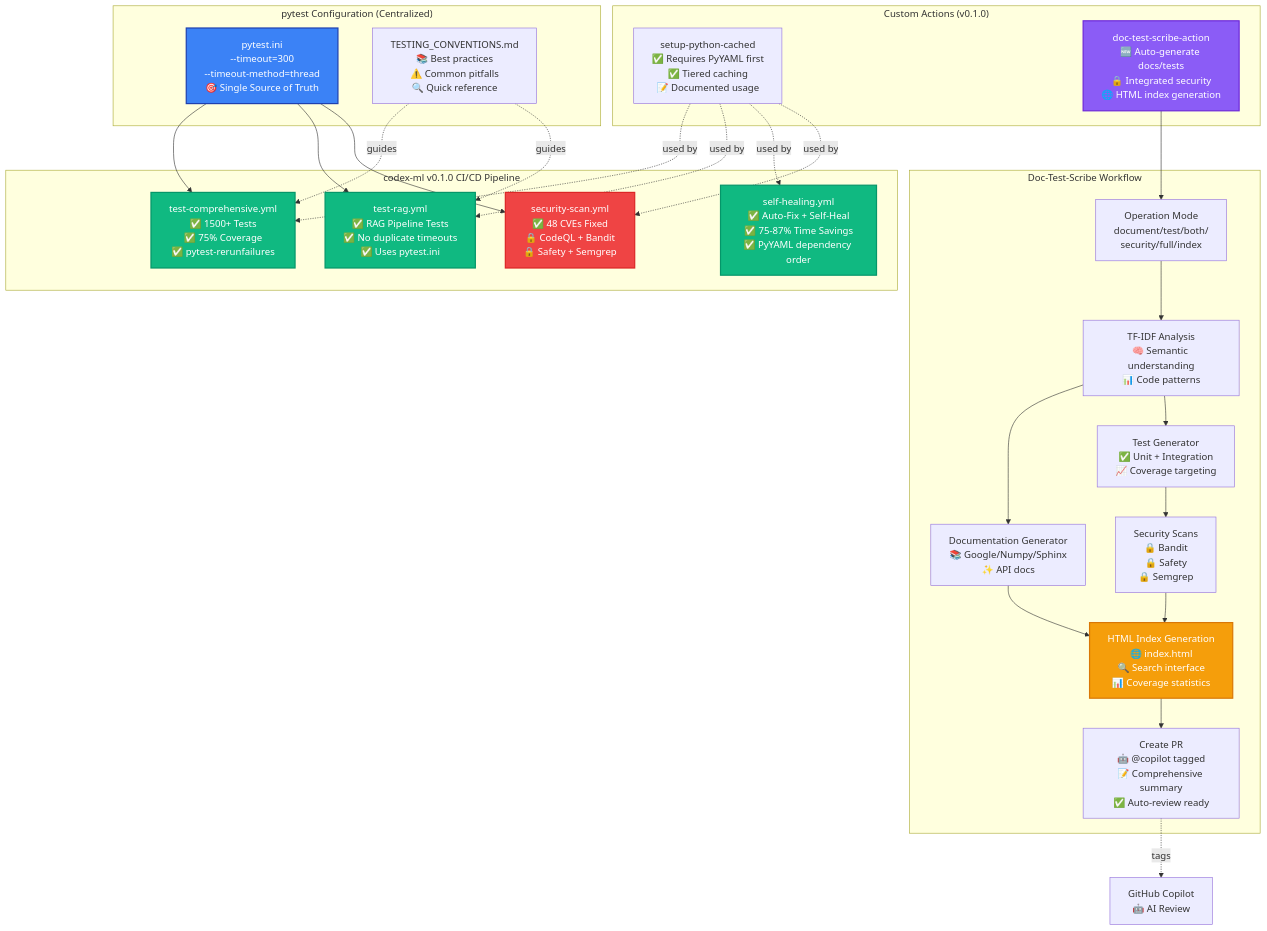
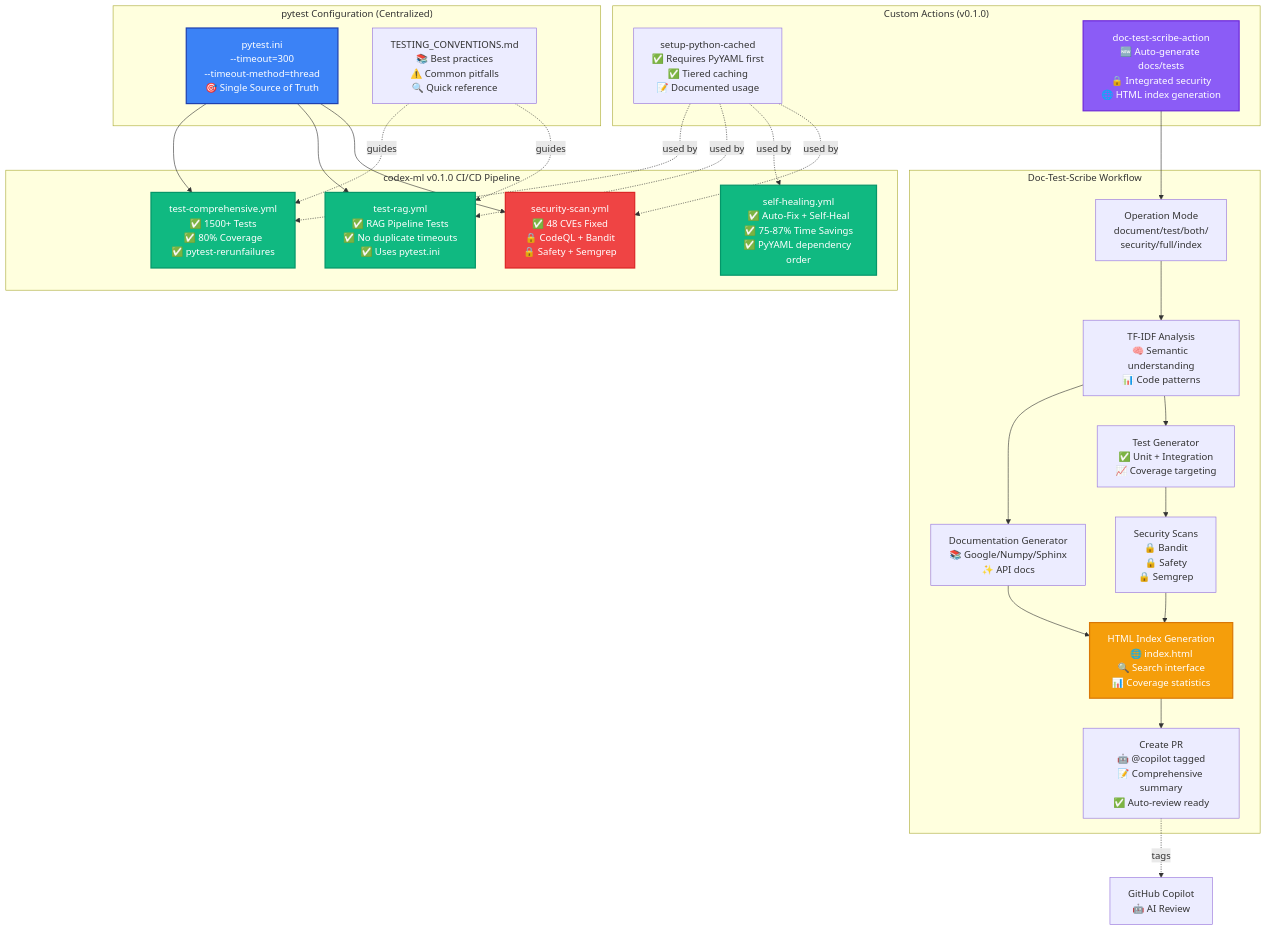
Before and after one commit to Aries-Serpent/_codex_: the first of 13 diagrams in docs/REPOSITORY_ARCHITECTURE_DIAGRAMS.md, drawn with Mermaid. The commit also changed other lines of this file and 4 other files, not shown here.

````diff
--- a/docs/REPOSITORY_ARCHITECTURE_DIAGRAMS.md
+++ b/docs/REPOSITORY_ARCHITECTURE_DIAGRAMS.md
@@ -29,64 +29,64 @@
 ```mermaid
 graph TB
     subgraph "codex-ml v0.1.0 CI/CD Pipeline"
-        TC[test-comprehensive.yml<br/>✅ 1500+ Tests<br/>✅ 75% Coverage<br/>✅ pytest-rerunfailures]
+        TC[test-comprehensive.yml<br/>✅ 1500+ Tests<br/>✅ 80% Coverage<br/>✅ pytest-rerunfailures]
         TR[test-rag.yml<br/>✅ RAG Pipeline Tests<br/>✅ No duplicate timeouts<br/>✅ Uses pytest.ini]
         SH[self-healing.yml<br/>✅ Auto-Fix + Self-Heal<br/>✅ 75-87% Time Savings<br/>✅ PyYAML dependency order]
         SEC[security-scan.yml<br/>✅ 48 CVEs Fixed<br/>🔒 CodeQL + Bandit<br/>🔒 Safety + Semgrep]
     end
 
     subgraph "pytest Configuration (Centralized)"
         PI[pytest.ini<br/>--timeout=300<br/>--timeout-method=thread<br/>🎯 Single Source of Truth]
         CONV[TESTING_CONVENTIONS.md<br/>📚 Best practices<br/>⚠️ Common pitfalls<br/>🔍 Quick reference]
     end
 
     subgraph "Custom Actions (v0.1.0)"
         SPC[setup-python-cached<br/>✅ Requires PyYAML first<br/>✅ Tiered caching<br/>📝 Documented usage]
         DTS[doc-test-scribe-action<br/>🆕 Auto-generate docs/tests<br/>🔒 Integrated security<br/>🌐 HTML index generation]
     end
 
     subgraph "Doc-Test-Scribe Workflow"
         MODE[Operation Mode<br/>document/test/both/<br/>security/full/index]
         ANALYZE[TF-IDF Analysis<br/>🧠 Semantic understanding<br/>📊 Code patterns]
         GENDOC[Documentation Generator<br/>📚 Google/Numpy/Sphinx<br/>✨ API docs]
         GENTEST[Test Generator<br/>✅ Unit + Integration<br/>📈 Coverage targeting]
         SECURITY[Security Scans<br/>🔒 Bandit<br/>🔒 Safety<br/>🔒 Semgrep]
         HTML[HTML Index Generation<br/>🌐 index.html<br/>🔍 Search interface<br/>📊 Coverage statistics]
         PR[Create PR<br/>🤖 @copilot tagged<br/>📝 Comprehensive summary<br/>✅ Auto-review ready]
     end
 
     %% Configuration flows
     PI --> TC
     PI --> TR
     PI --> SEC
     CONV -.guides.-> TC
     CONV -.guides.-> TR
 
     %% Custom action usage
     SPC -.used by.-> TC
     SPC -.used by.-> TR
     SPC -.used by.-> SH
     SPC -.used by.-> SEC
 
     %% Doc-Test-Scribe workflow
     MODE --> ANALYZE
     ANALYZE --> GENDOC
     ANALYZE --> GENTEST
     GENDOC --> HTML
     GENTEST --> SECURITY
     SECURITY --> HTML
     HTML --> PR
 
     %% Integration points
     DTS --> MODE
     PR -.tags.-> Copilot[GitHub Copilot<br/>🤖 AI Review]
 
     %% Styling v0.1.0
     style TC fill:#10b981,stroke:#059669,stroke-width:2px,color:#fff
     style TR fill:#10b981,stroke:#059669,stroke-width:2px,color:#fff
     style SH fill:#10b981,stroke:#059669,stroke-width:2px,color:#fff
     style SEC fill:#ef4444,stroke:#dc2626,stroke-width:2px,color:#fff
     style PI fill:#3b82f6,stroke:#1e40af,stroke-width:2px,color:#fff
     style DTS fill:#8b5cf6,stroke:#6d28d9,stroke-width:2px,color:#fff
     style HTML fill:#f59e0b,stroke:#d97706,stroke-width:2px,color:#fff
 ```
````
